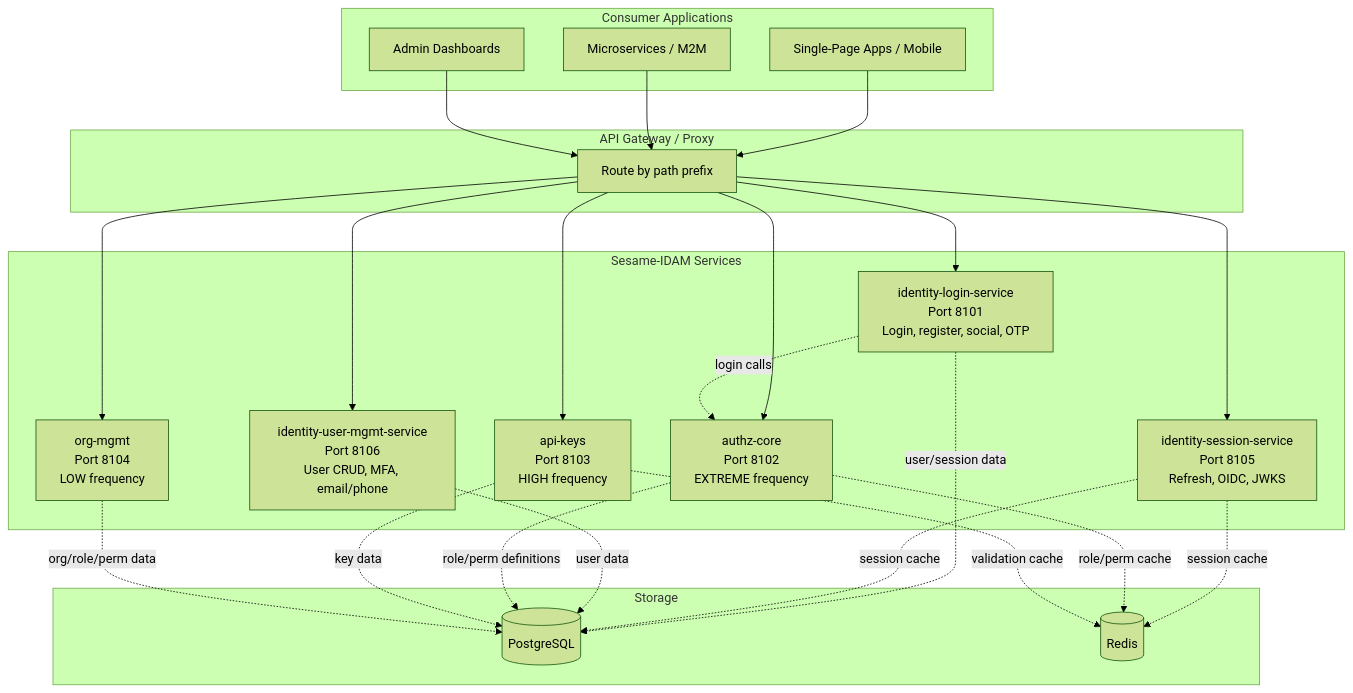
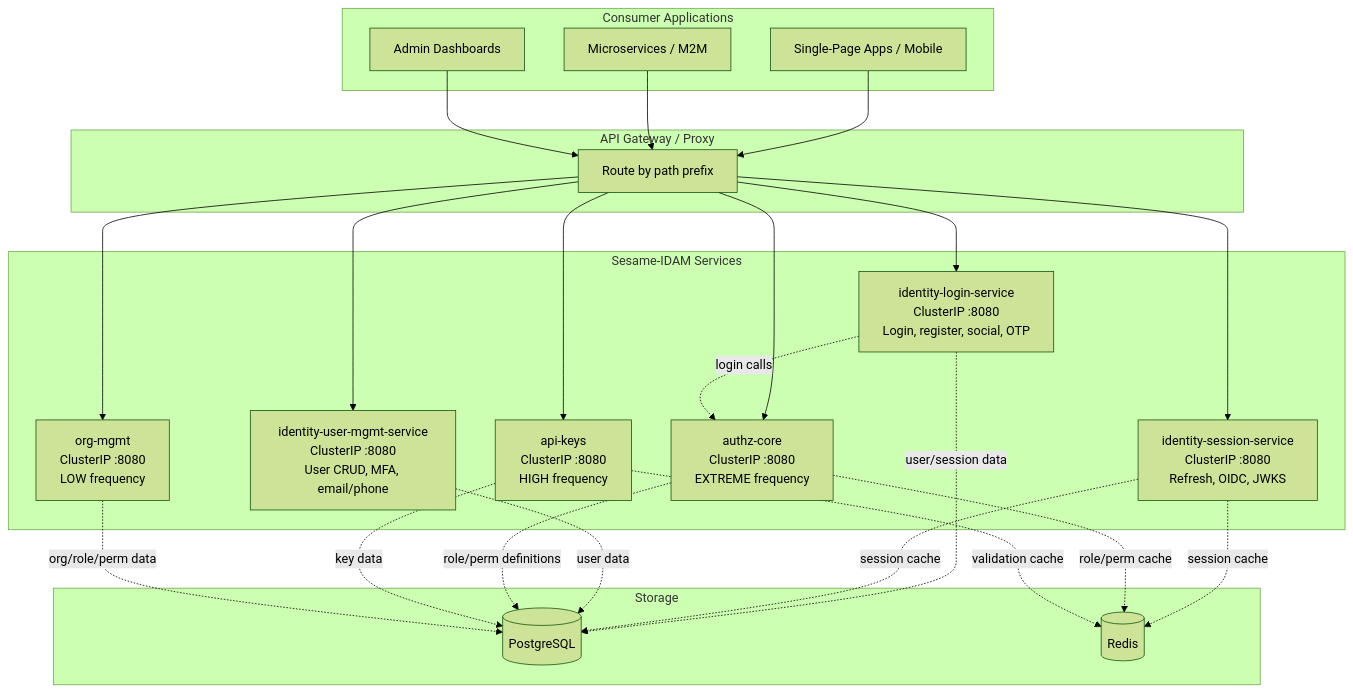
One commit to microscaler/sesame-idam changed the first of 2 diagrams in README.md. Above: the diagram before and after it, drawn with Mermaid (forest theme). The commit also changed 21 other files, not shown here.

````diff
--- a/README.md
+++ b/README.md
@@ -52,47 +52,47 @@
 ```mermaid
 graph TB
     subgraph "Consumer Applications"
         SPA[Single-Page Apps / Mobile]
         Microsvc[Microservices / M2M]
         Admin[Admin Dashboards]
     end
 
     subgraph "API Gateway / Proxy"
         Proxy[Route by path prefix]
     end
 
     subgraph "Sesame-IDAM Services"
-        IL[identity-login-service<br/>Port 8101<br/>Login, register, social, OTP]
-        IS[identity-session-service<br/>Port 8105<br/>Refresh, OIDC, JWKS]
-        IU[identity-user-mgmt-service<br/>Port 8106<br/>User CRUD, MFA, email/phone]
-        AC[authz-core<br/>Port 8102<br/>EXTREME frequency]
-        AK[api-keys<br/>Port 8103<br/>HIGH frequency]
-        OM[org-mgmt<br/>Port 8104<br/>LOW frequency]
+        IL[identity-login-service<br/>ClusterIP :8080<br/>Login, register, social, OTP]
+        IS[identity-session-service<br/>ClusterIP :8080<br/>Refresh, OIDC, JWKS]
+        IU[identity-user-mgmt-service<br/>ClusterIP :8080<br/>User CRUD, MFA, email/phone]
+        AC[authz-core<br/>ClusterIP :8080<br/>EXTREME frequency]
+        AK[api-keys<br/>ClusterIP :8080<br/>HIGH frequency]
+        OM[org-mgmt<br/>ClusterIP :8080<br/>LOW frequency]
     end
 
     subgraph "Storage"
         PG[(PostgreSQL)]
         Redis[(Redis)]
     end
 
     SPA --> Proxy
     Microsvc --> Proxy
     Admin --> Proxy
     Proxy --> IL
     Proxy --> IS
     Proxy --> IU
     Proxy --> AC
     Proxy --> AK
     Proxy --> OM
 
     IL -. login calls .-> AC
     IS -. session cache .-> Redis
     AC -. role/perm cache .-> Redis
     AK -. validation cache .-> Redis
     IL -. user/session data .-> PG
     IS -. session cache .-> PG
     IU -. user data .-> PG
     AC -. role/perm definitions .-> PG
     AK -. key data .-> PG
     OM -. org/role/perm data .-> PG
 ```
````
